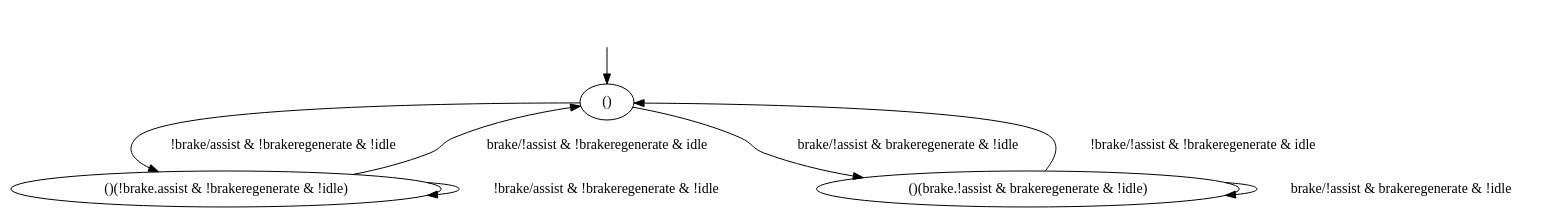
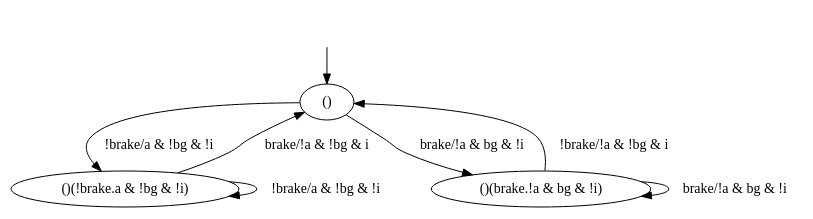
Before and after one commit to mrudu/synth-learn: the diagram in examples/ElectricBike/TaskB4.dot, drawn with Graphviz. The commit also changed 18 other files, not shown here.

Commit message:
Modified examples to have more structured names, and added new example for generation of electric bike

```diff
--- a/examples/ElectricBike/TaskB4.dot
+++ b/examples/ElectricBike/TaskB4.dot
@@ -1,13 +1,13 @@
-digraph "examples/ElectricBikeExamples/TaskB4" {
+digraph "examples/ElectricBike/TaskB4" {
 "()" [label="()"];
-"()(!brake.assist & !brakeregenerate & !idle)" [label="()(!brake.assist & !brakeregenerate & !idle)"];
-"()(brake.!assist & brakeregenerate & !idle)" [label="()(brake.!assist & brakeregenerate & !idle)"];
-"()" -> "()(!brake.assist & !brakeregenerate & !idle)"  [label="!brake/assist & !brakeregenerate & !idle"];
-"()" -> "()(brake.!assist & brakeregenerate & !idle)"  [label="brake/!assist & brakeregenerate & !idle"];
-"()(!brake.assist & !brakeregenerate & !idle)" -> "()(!brake.assist & !brakeregenerate & !idle)"  [label="!brake/assist & !brakeregenerate & !idle"];
-"()(!brake.assist & !brakeregenerate & !idle)" -> "()"  [label="brake/!assist & !brakeregenerate & idle"];
-"()(brake.!assist & brakeregenerate & !idle)" -> "()"  [label="!brake/!assist & !brakeregenerate & idle"];
-"()(brake.!assist & brakeregenerate & !idle)" -> "()(brake.!assist & brakeregenerate & !idle)"  [label="brake/!assist & brakeregenerate & !idle"];
+"()(!brake.a & !bg & !i)" [label="()(!brake.a & !bg & !i)"];
+"()(brake.!a & bg & !i)" [label="()(brake.!a & bg & !i)"];
+"()" -> "()(!brake.a & !bg & !i)"  [label="!brake/a & !bg & !i"];
+"()" -> "()(brake.!a & bg & !i)"  [label="brake/!a & bg & !i"];
+"()(!brake.a & !bg & !i)" -> "()(!brake.a & !bg & !i)"  [label="!brake/a & !bg & !i"];
+"()(!brake.a & !bg & !i)" -> "()"  [label="brake/!a & !bg & i"];
+"()(brake.!a & bg & !i)" -> "()"  [label="!brake/!a & !bg & i"];
+"()(brake.!a & bg & !i)" -> "()(brake.!a & bg & !i)"  [label="brake/!a & bg & !i"];
 __start0 [label="", shape=none];
 __start0 -> "()"  [label=""];
 }
```
